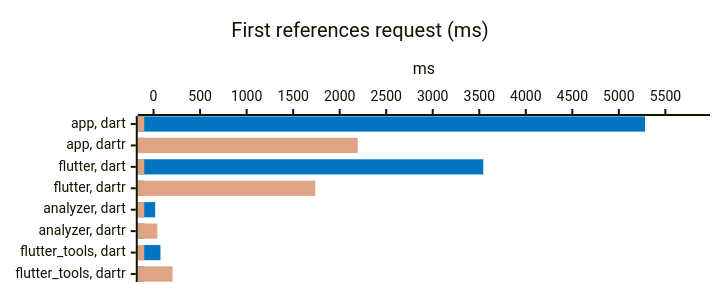
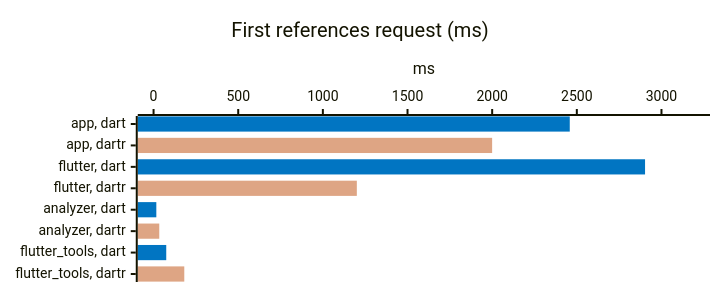
Before and after one commit to orestesgaolin/dartr: the eighth of 14 diagrams in docs/BENCHMARKS.md, drawn with Mermaid. The commit also changed other lines of this file and 1 other file, not shown here.

Commit message:
docs(bench): results after CPU round 5 and the plugin fix; charts updated

````diff
--- a/docs/BENCHMARKS.md
+++ b/docs/BENCHMARKS.md
@@ -151,17 +151,17 @@
 ```mermaid
 ---
 config:
   xyChart:
     height: 272
   themeVariables:
     xyChart:
       plotColorPalette: "#0175C2, #DEA584"
 ---
 xychart-beta horizontal
     %% -100 = no bar: one series per measurement gives each its own color
     title "First references request (ms)"
     x-axis ["app, dart", "app, dartr", "flutter, dart", "flutter, dartr", "analyzer, dart", "analyzer, dartr", "flutter_tools, dart", "flutter_tools, dartr"]
-    y-axis "ms" 0 --> 5809.7
-    bar [5281.6, -100, 3543.3, -100, 17.3, -100, 74.2, -100]
-    bar [-100, 2194.3, -100, 1738.6, -100, 39.9, -100, 204.0]
+    y-axis "ms" 0 --> 3193.3
+    bar [2458.3, -100, 2903.0, -100, 16.3, -100, 74.9, -100]
+    bar [-100, 1999.8, -100, 1200.6, -100, 33.7, -100, 181.5]
 ```
````
